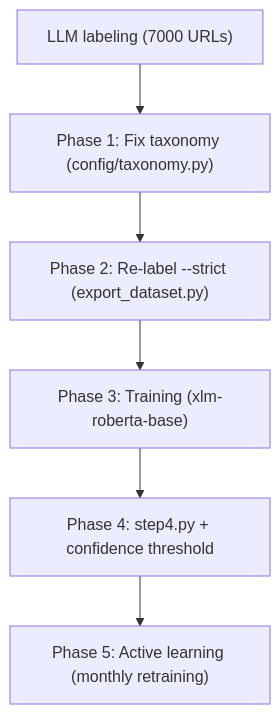
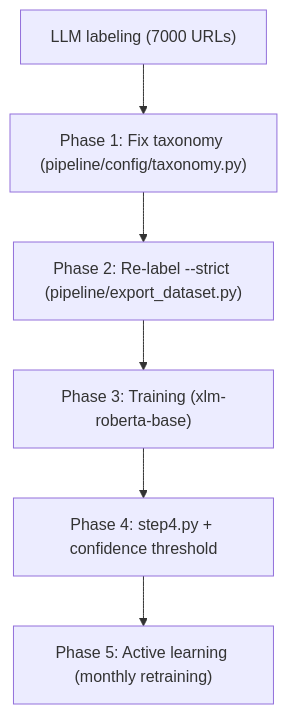
One commit to ioncat/web-page-classifier changed the third of 4 diagrams in README.md. Above: the diagram before and after it, drawn with Mermaid. The commit also changed other lines of this file and 2 other files, not shown here.

````diff
--- a/README.md
+++ b/README.md
@@ -120,8 +120,8 @@
 ```mermaid
 flowchart TD
-    A["LLM labeling (7000 URLs)"] --> B["Phase 1: Fix taxonomy (config/taxonomy.py)"]
-    B --> C["Phase 2: Re-label --strict (export_dataset.py)"]
+    A["LLM labeling (7000 URLs)"] --> B["Phase 1: Fix taxonomy (pipeline/config/taxonomy.py)"]
+    B --> C["Phase 2: Re-label --strict (pipeline/export_dataset.py)"]
     C --> D["Phase 3: Training (xlm-roberta-base)"]
     D --> E["Phase 4: step4.py + confidence threshold"]
     E --> F["Phase 5: Active learning (monthly retraining)"]
 ```
````
